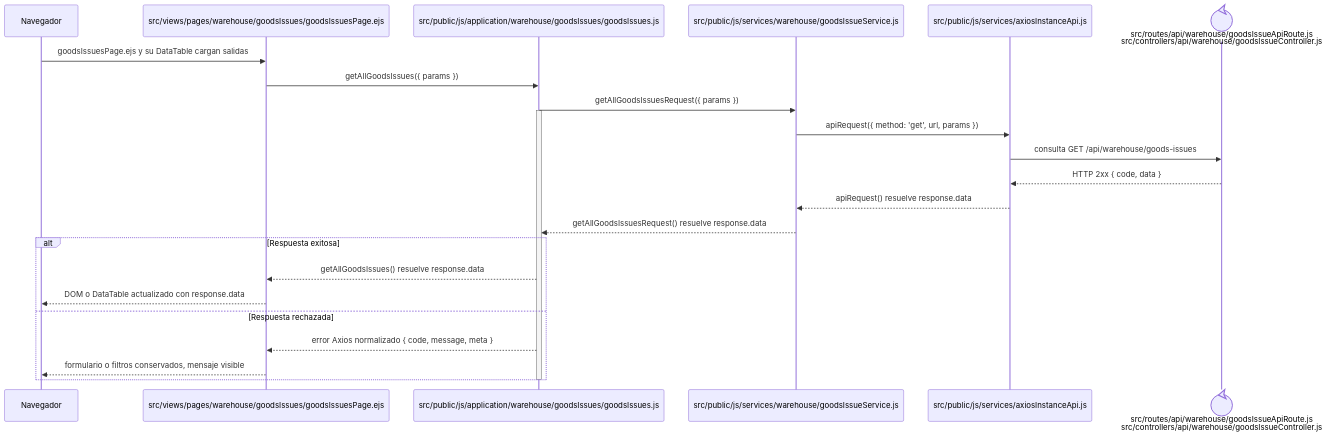
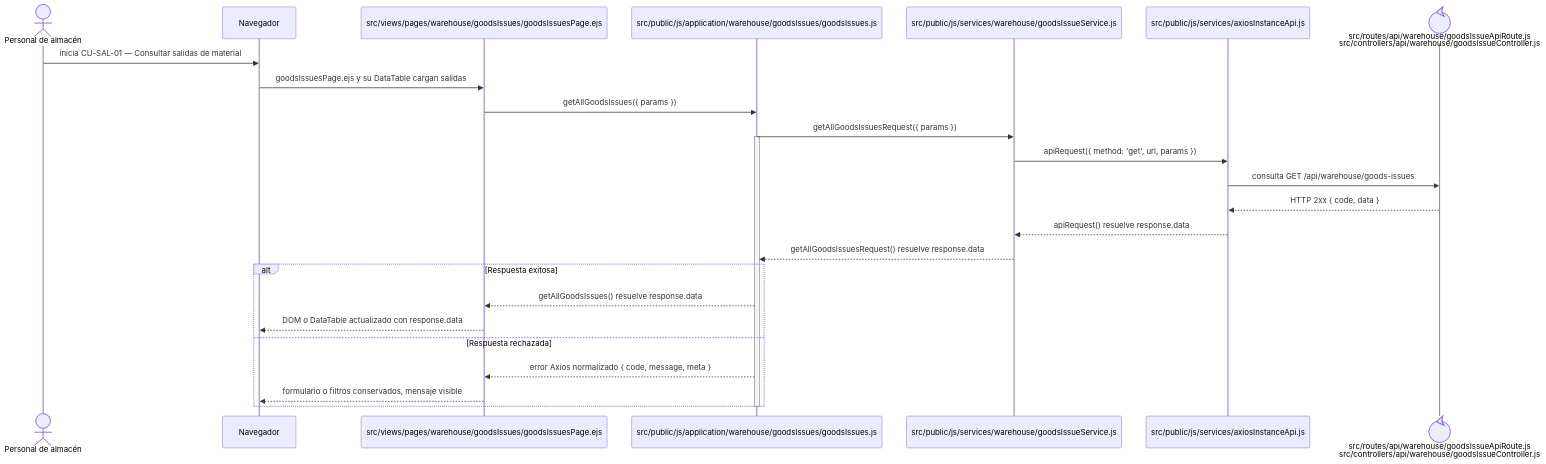
Before and after one commit to gpgsistemas01/nexus: the diagram in docs/architecture/frontend-code-sequences/issues/cu-sal-01.md, drawn with Mermaid. The commit also changed 105 other files, not shown here.

````diff
--- a/docs/architecture/frontend-code-sequences/issues/cu-sal-01.md
+++ b/docs/architecture/frontend-code-sequences/issues/cu-sal-01.md
@@ -6,27 +6,29 @@
 ```mermaid
 sequenceDiagram
+    actor Initiator as Personal de almacén
     participant Browser as Navegador
     participant View as src/views/pages/warehouse/goodsIssues/goodsIssuesPage.ejs
     participant Application as src/public/js/application/warehouse/goodsIssues/goodsIssues.js
     participant Request as src/public/js/services/warehouse/goodsIssueService.js
     participant HTTP as src/public/js/services/axiosInstanceApi.js
     participant Transport@{ "type": "control" } as src/routes/api/warehouse/goodsIssueApiRoute.js<br/>src/controllers/api/warehouse/goodsIssueController.js
 
+    Initiator->>Browser: inicia CU-SAL-01 — Consultar salidas de material
     Browser->>View: goodsIssuesPage.ejs y su DataTable cargan salidas
     View->>Application: getAllGoodsIssues({ params })
     Application->>Request: getAllGoodsIssuesRequest({ params })
     activate Application
     Request->>HTTP: apiRequest({ method: 'get', url, params })
     HTTP->>Transport: consulta GET /api/warehouse/goods-issues
     Transport-->>HTTP: HTTP 2xx { code, data }
     HTTP-->>Request: apiRequest() resuelve response.data
     Request-->>Application: getAllGoodsIssuesRequest() resuelve response.data
     alt Respuesta exitosa
         Application-->>View: getAllGoodsIssues() resuelve response.data
         View-->>Browser: DOM o DataTable actualizado con response.data
     else Respuesta rechazada
         Application-->>View: error Axios normalizado { code, message, meta }
         View-->>Browser: formulario o filtros conservados, mensaje visible
     end
     deactivate Application
 ```
````
